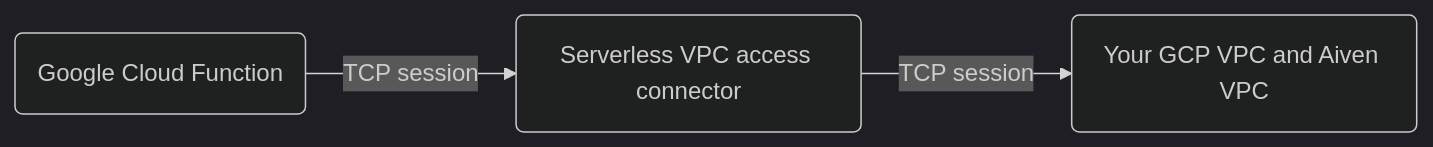
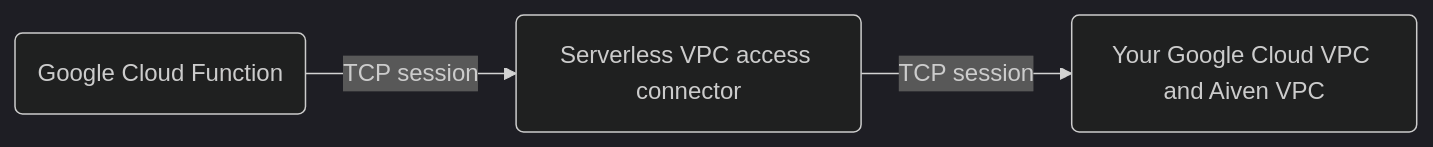
One commit to aiven/aiven-docs changed the diagram in docs/platform/howto/google-cloud-functions.md. Above: the diagram before and after it, drawn with Mermaid (dark theme). The commit also changed other lines of this file and 34 other files, not shown here.

Commit message:
update: change GCP to Google Cloud

````diff
--- a/docs/platform/howto/google-cloud-functions.md
+++ b/docs/platform/howto/google-cloud-functions.md
@@ -15,6 +15,6 @@
 ```mermaid
 
 graph LR;
 
-  GCF(Google Cloud Function) --TCP session--> Conn(Serverless VPC access connector) --TCP session--> VPC(Your GCP VPC and Aiven VPC)
+  GCF(Google Cloud Function) --TCP session--> Conn(Serverless VPC access connector) --TCP session--> VPC(Your Google Cloud VPC and Aiven VPC)
 ```
````
